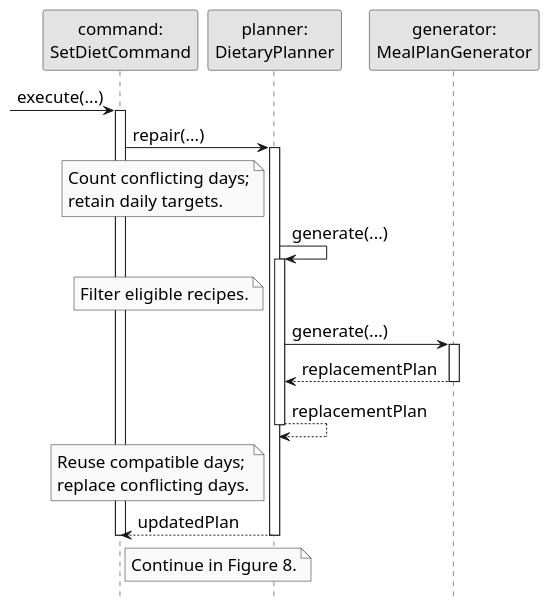
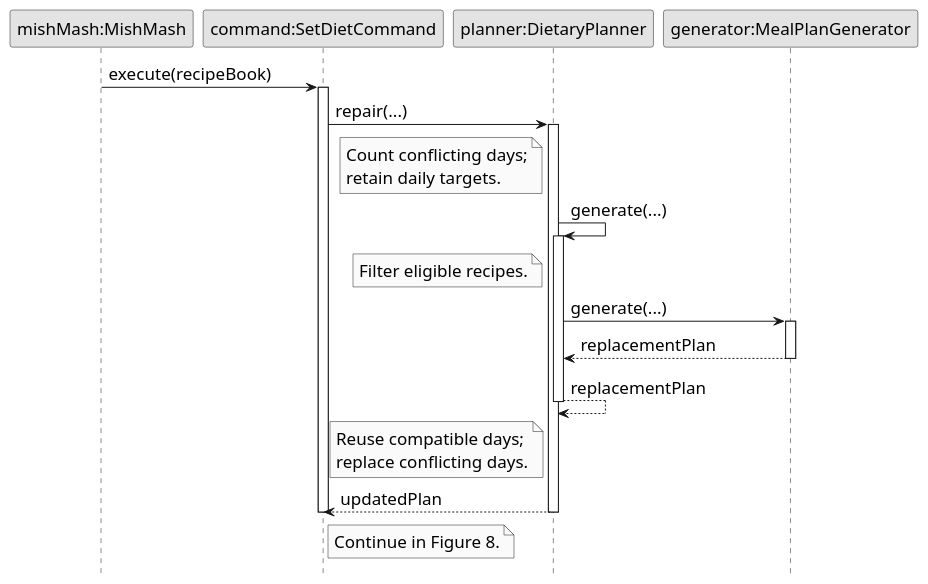
One commit to AY2627S1-CS2113-W13-4/tp changed the diagram in docs/diagrams/peilingggg/dietary/repair.puml. Above: the diagram before and after it, drawn with PlantUML. The commit also changed 90 other files, not shown here.

First line of the commit message:
Align Developer Guide UML with course standard

```diff
--- a/docs/diagrams/peilingggg/dietary/repair.puml
+++ b/docs/diagrams/peilingggg/dietary/repair.puml
@@ -1,32 +1,33 @@
 @startuml
 skinparam backgroundColor white
 skinparam defaultFontName SansSerif
 skinparam defaultFontSize 17
 skinparam shadowing false
 skinparam monochrome true
 hide footbox
 ' Solid filled call arrows and dashed return arrows follow the course notation.
 ' Keep notes beside lifelines so activation bars stay visible.
-participant "command:\nSetDietCommand" as C
-participant "planner:\nDietaryPlanner" as P
-participant "generator:\nMealPlanGenerator" as G
-[-> C : execute(...)
+participant "mishMash:MishMash" as App
+participant "command:SetDietCommand" as C
+participant "planner:DietaryPlanner" as P
+participant "generator:MealPlanGenerator" as G
+App -> C : execute(recipeBook)
 activate C
 C -> P : repair(...)
 activate P
 note left of P : Count conflicting days;\nretain daily targets.
 P -> P : generate(...)
 activate P
 note left of P : Filter eligible recipes.
 P -> G : generate(...)
 activate G
 G --> P : replacementPlan
 deactivate G
 P --> P : replacementPlan
 deactivate P
 note left of P : Reuse compatible days;\nreplace conflicting days.
 P --> C : updatedPlan
 deactivate P
 note right of C : Continue in Figure 8.
 deactivate C
 @enduml
```
